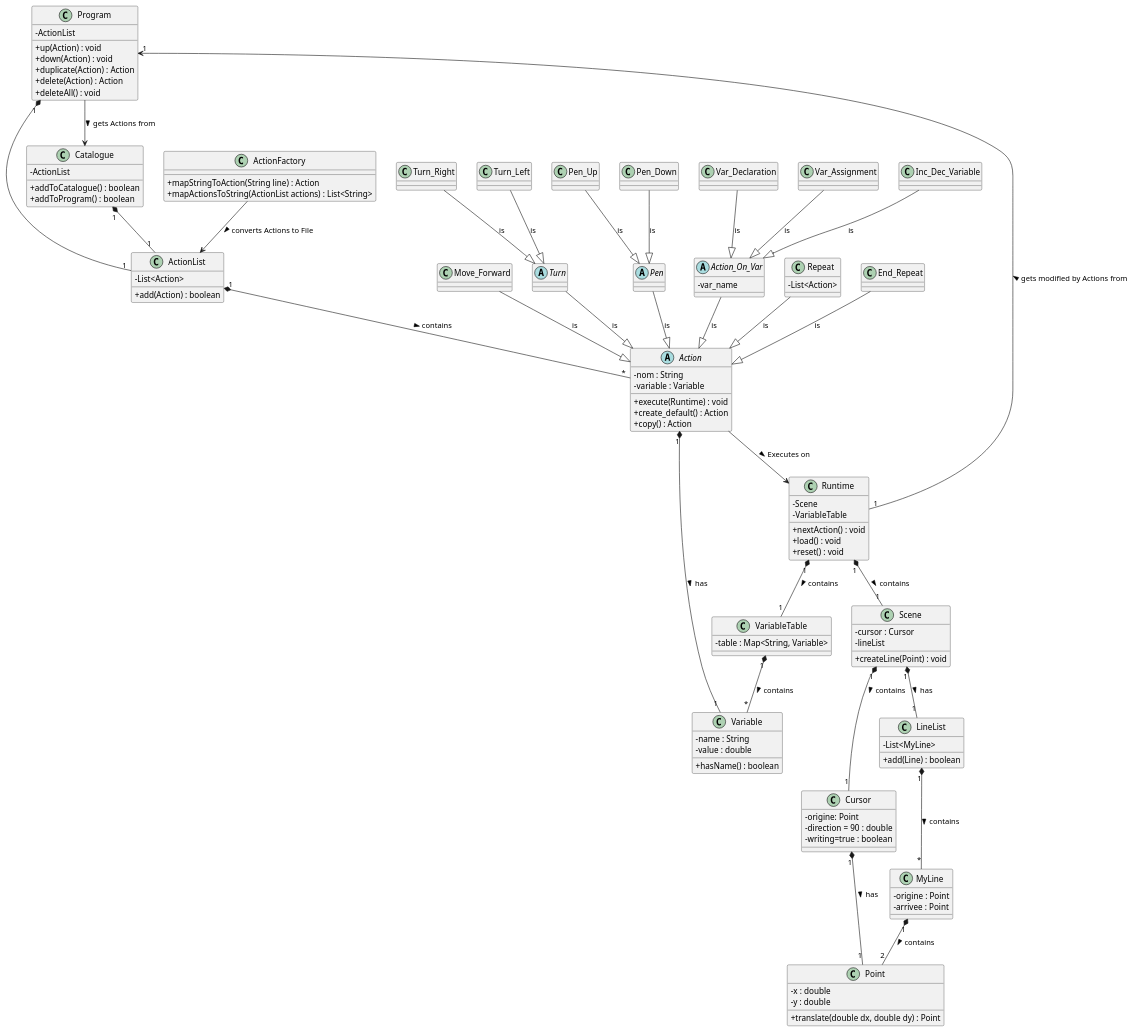
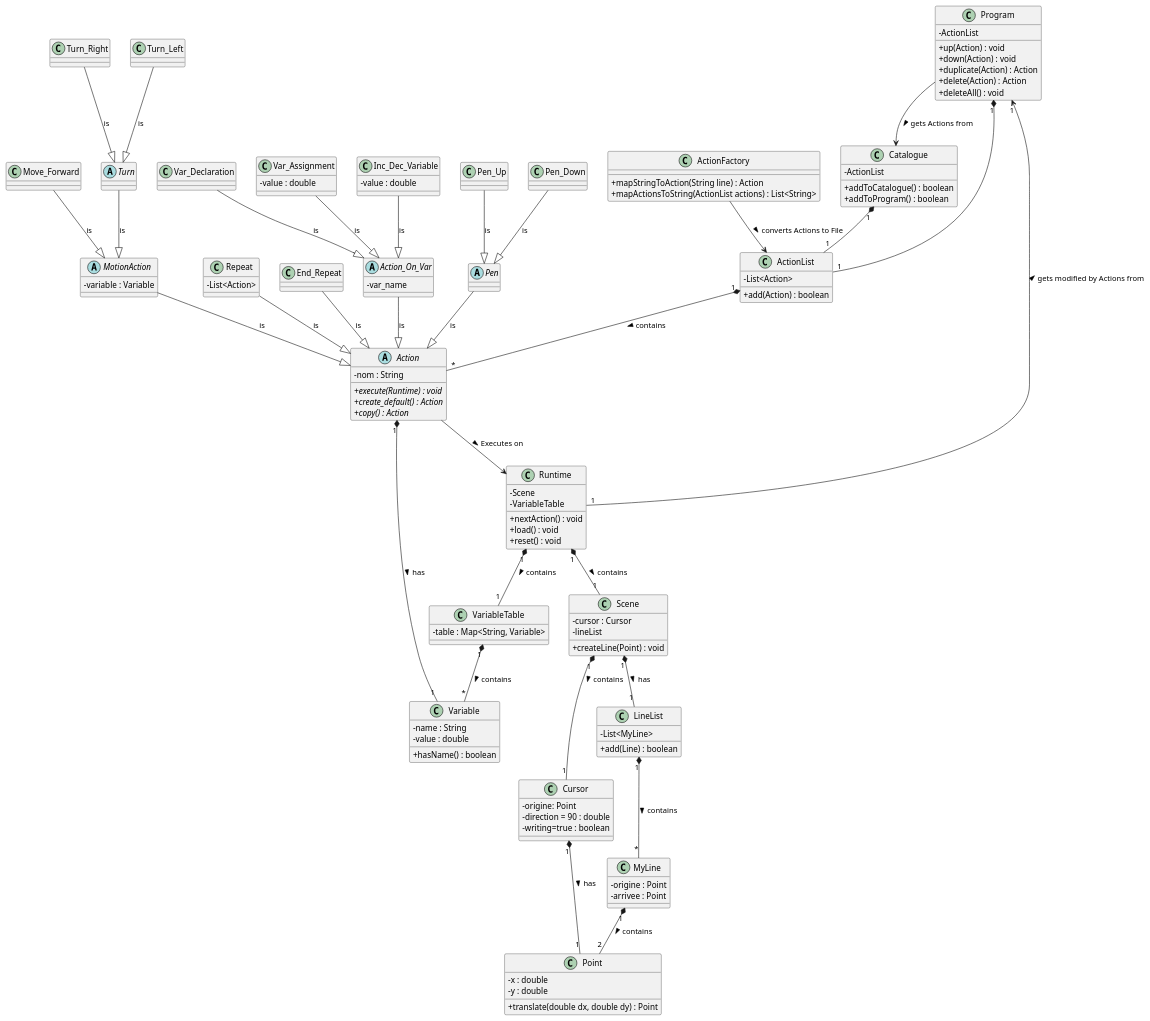
Before and after one commit to ajeridi/scratchlike-project: the diagram in diagramme_classes.puml, drawn with PlantUML.

Commit message:
feat(diagramme_classe) : update

```diff
--- a/diagramme_classes.puml
+++ b/diagramme_classes.puml
@@ -1,171 +1,178 @@
 @startuml
 
 skinparam Shadowing false               /' Désactive l'effet d'ombre sur les éléments '/
 skinparam classAttributeIconSize 0      /' Taille des icônes d'attribut de classe (ici 0 pour les cacher) '/
 skinparam defaultFontName Consolas      /' Utilisation de la police Consolas par défaut '/
 !pragma useIntermediatePackages false   /' Désactive l'utilisation de packages intermédiaires '/
 
 
 class Program {
      - ActionList
      + up(Action) : void
      + down(Action) : void
      + duplicate(Action) : Action
      + delete(Action) : Action
      + deleteAll() : void
 }
 
 class ActionList{
     - List<Action>
     + add(Action) : boolean
 }
 
 
 class Catalogue {
     - ActionList
     + addToCatalogue() : boolean
     + addToProgram() : boolean
 }
 
 class ActionFactory {
     + mapStringToAction(String line) : Action
     +  mapActionsToString(ActionList actions) : List<String>
 }
 
 abstract class Action {
     - nom : String
+    + {abstract} execute(Runtime) : void
+    + {abstract} create_default() : Action
+    + {abstract} copy() : Action
+}
+
+abstract class MotionAction {
     - variable : Variable
-    + execute(Runtime) : void
-    + create_default() : Action
-    + copy() : Action
 }
 
 class Variable {
     - name : String
     - value : double
     + hasName() : boolean
 }
 
 class Move_Forward {
 }
 
 abstract class Turn {
 }
 
 class Turn_Right {
 }
 
 class Turn_Left {
 }
 
 abstract class Pen {
 
 }
 
 class Pen_Up {
 }
 
 class Pen_Down {
 }
 
 abstract class Action_On_Var {
     - var_name
 }
 class Var_Declaration {
     /'declare une variable'/
 }
 
 class Var_Assignment {
     /'Assigne une variable'/
+    - value : double
 }
 
 class Inc_Dec_Variable {
     /'Incrémente ou décrémente la variable'/
+    - value : double
 }
 
 class Repeat {
     - List<Action>
 }
 
 class End_Repeat{
 }
 
 class VariableTable {
     - table : Map<String, Variable>
 }
 
 class Runtime {
     - Scene
     - VariableTable
     + nextAction() : void
     + load() : void
     + reset() : void
 }
 
 class Scene {
     - cursor : Cursor
     - lineList
     + createLine(Point) : void
 }
 
 class Cursor {
     - origine: Point
     - direction = 90 : double
     - writing=true : boolean
 }
 
 class LineList {
     - List<MyLine>
     + add(Line) : boolean
 }
 
 class MyLine {
     - origine : Point
     - arrivee : Point
 }
 
 class Point {
     - x : double
     - y : double
     + translate(double dx, double dy) : Point
 }
 
 
-Move_Forward --|> Action : is
-Turn --|> Action : is
+Move_Forward --|> MotionAction : is
+MotionAction --|> Action : is
+Turn --|> MotionAction : is
 Turn_Right --|> Turn : is
 Turn_Left --|> Turn : is
+
 Pen --|> Action : is
 Pen_Up --|> Pen : is
 Pen_Down --|> Pen : is
 Action_On_Var --|> Action : is
 Var_Declaration --|> Action_On_Var : is
 Var_Assignment --|> Action_On_Var : is
 Inc_Dec_Variable --|> Action_On_Var : is
 Repeat --|> Action : is
 End_Repeat --|> Action : is
 
 ActionFactory --> ActionList : > converts Actions to File
 Action --> Runtime : > Executes on
 Program "1"*--"1" ActionList
 ActionList "1"*--"*" Action : > contains
 Catalogue "1"*--"1" ActionList
 Action "1"*--"1" Variable : > has
 
 VariableTable "1"*--"*" Variable : > contains
 
 Runtime "1"*--"1" Scene : > contains
 Runtime "1"*--"1" VariableTable : > contains
 
 Scene "1"*--"1" Cursor : > contains
 Scene "1"*--"1" LineList : > has
 LineList "1"*--"*" MyLine : > contains
 Cursor "1"*--"1" Point : > has
 MyLine "1"*--"2" Point : > contains
 
 Runtime "1"-->"1" Program : > gets modified by Actions from
 
 Program --> Catalogue : >  gets Actions from
 
 
 @enduml
```
